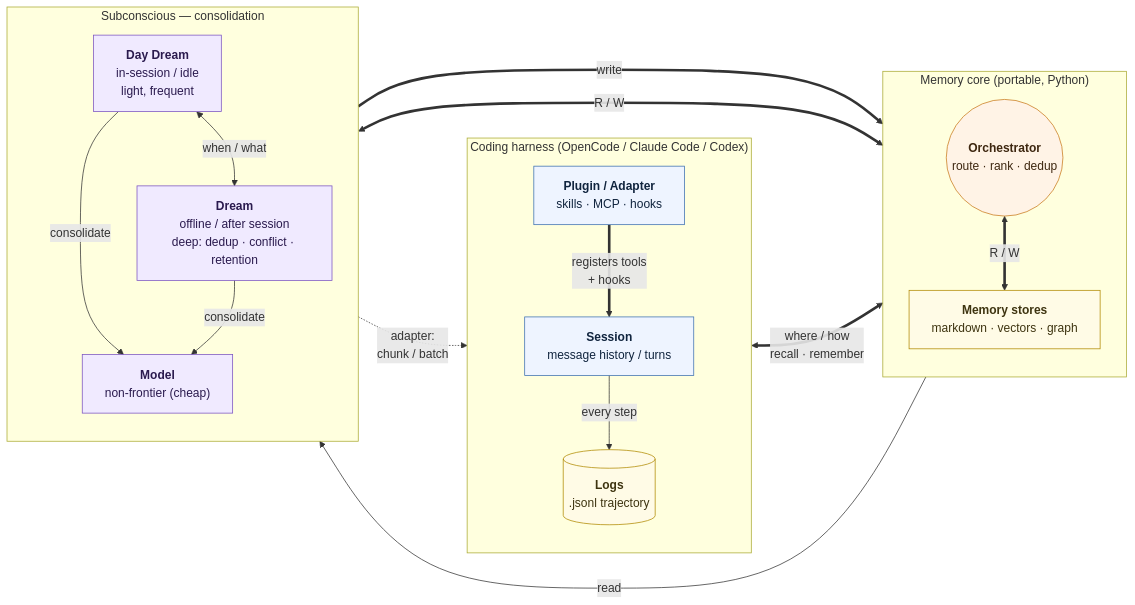
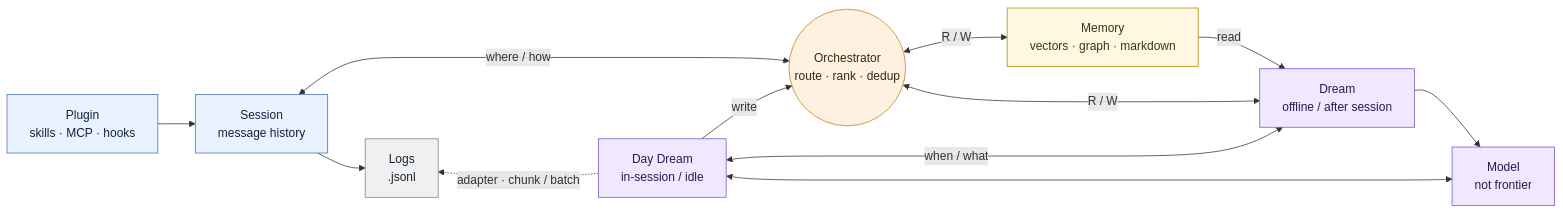
One commit to kenhuangus/agent-memory-harness changed the diagram in docs/harnesses/04-system-diagram.md. Above: the diagram before and after it, drawn with Mermaid. The commit also changed other lines of this file and 1 other file, not shown here.

Commit message:
docs: hand-built SVG system diagram with conscious/subconscious bands
Replace the auto-laid Mermaid (which rendered as spaghetti) with a hand-built
SVG that matches the whiteboard's two-row shape and adds an explicit visual
split: CONSCIOUS band (active session — synchronous, in-loop) over a
SUBCONSCIOUS band (async day-dreaming + night-dreaming). Mermaid kept as a
collapsible editable source. Diagram embedded in 04-system-diagram.md.

````diff
--- a/docs/harnesses/04-system-diagram.md
+++ b/docs/harnesses/04-system-diagram.md
@@ -10,49 +21,45 @@
 ```mermaid
 flowchart LR
-  %% ---------- Harness side ----------
-  subgraph HARNESS["Coding harness (OpenCode / Claude Code / Codex)"]
-    direction TB
-    Plugin["<b>Plugin / Adapter</b><br/>skills · MCP · hooks"]
-    Session["<b>Session</b><br/>message history / turns"]
-    Logs[("<b>Logs</b><br/>.jsonl trajectory")]
-    Plugin ==>|registers tools<br/>+ hooks| Session
-    Session -->|every step| Logs
-  end
+  %% ===== TOP ROW — live path (left to right) =====
+  Plugin["Plugin<br>skills · MCP · hooks"]
+  Session["Session<br>message history"]
+  Orch(("Orchestrator<br>route · rank · dedup"))
+  Mem["Memory<br>vectors · graph · markdown"]
 
-  %% ---------- Memory core ----------
-  subgraph CORE["Memory core (portable, Python)"]
-    direction TB
-    Orch(("<b>Orchestrator</b><br/>route · rank · dedup"))
-    Mem["<b>Memory stores</b><br/>markdown · vectors · graph"]
-    Orch <==>|R / W| Mem
-  end
+  Plugin --> Session
+  Session <-->|where / how| Orch
+  Orch <-->|R / W| Mem
 
-  %% ---------- Subconscious (offline) ----------
-  subgraph SUB["Subconscious — consolidation"]
-    direction TB
-    DayDream["<b>Day Dream</b><br/>in-session / idle<br/>light, frequent"]
-    Dream["<b>Dream</b><br/>offline / after session<br/>deep: dedup · conflict · retention"]
-    Model["<b>Model</b><br/>non-frontier (cheap)"]
-    DayDream <-->|when / what| Dream
-    DayDream -->|consolidate| Model
-    Dream -->|consolidate| Model
-  end
+  %% ===== BOTTOM ROW — offline / subconscious =====
+  Logs["Logs<br>.jsonl"]
+  DayDream["Day Dream<br>in-session / idle"]
+  Model["Model<br>not frontier"]
+  Dream["Dream<br>offline / after session"]
 
-  %% ---------- Cross-cluster wiring ----------
-  Session <==>|where / how<br/>recall · remember| Orch
-  DayDream ==>|write| Orch
-  Dream <==>|R / W| Orch
+  %% vertical drops from top row to bottom row
+  Session --> Logs
+  DayDream -->|write| Orch
+  Orch <-->|R / W| Dream
   Mem -->|read| Dream
-  DayDream -.->|adapter:<br/>chunk / batch| Logs
 
-  %% ---------- Styling ----------
-  classDef harness fill:#eef4ff,stroke:#3b6fb0,stroke-width:1px,color:#10243e;
-  classDef core fill:#fff3e6,stroke:#c97a1a,stroke-width:1px,color:#3e2710;
-  classDef sub fill:#f0eaff,stroke:#7a52c0,stroke-width:1px,color:#2a1a4e;
-  classDef store fill:#fffbe6,stroke:#b08900,stroke-width:1px,color:#3e3410;
+  %% bottom-row wiring
+  DayDream -.->|adapter · chunk / batch| Logs
+  DayDream <-->|when / what| Dream
+  DayDream <--> Model
+  Dream --> Model
+
+  %% pin the two rows (invisible alignment edges)
+  Logs ~~~ DayDream ~~~ Model ~~~ Dream
+
+  %% ===== styling =====
+  classDef harness fill:#eaf2ff,stroke:#3b6fb0,color:#10243e;
+  classDef core fill:#fff1df,stroke:#c97a1a,color:#3e2710;
+  classDef store fill:#fff8e0,stroke:#b08900,color:#3e3410;
+  classDef sub fill:#efe8ff,stroke:#7a52c0,color:#2a1a4e;
+  classDef log fill:#eef0f2,stroke:#7a8088,color:#1f2429;
   class Plugin,Session harness;
-  class Logs store;
   class Orch core;
   class Mem store;
   class DayDream,Dream,Model sub;
+  class Logs log;
 ```
````
